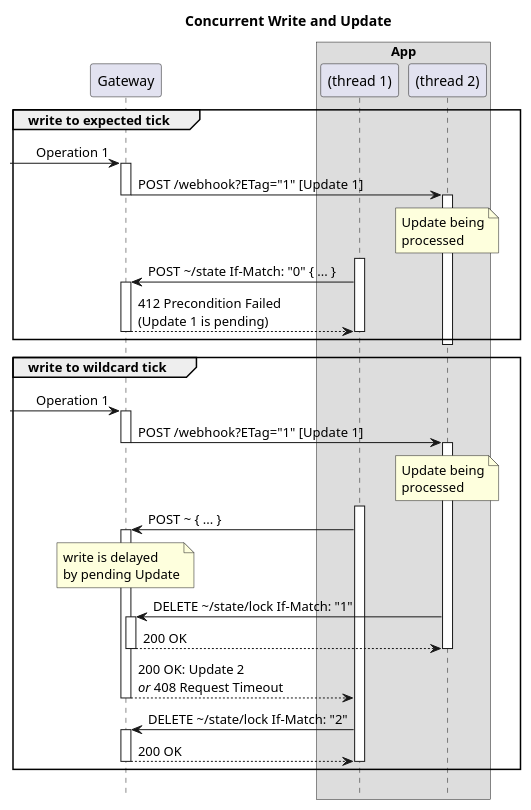
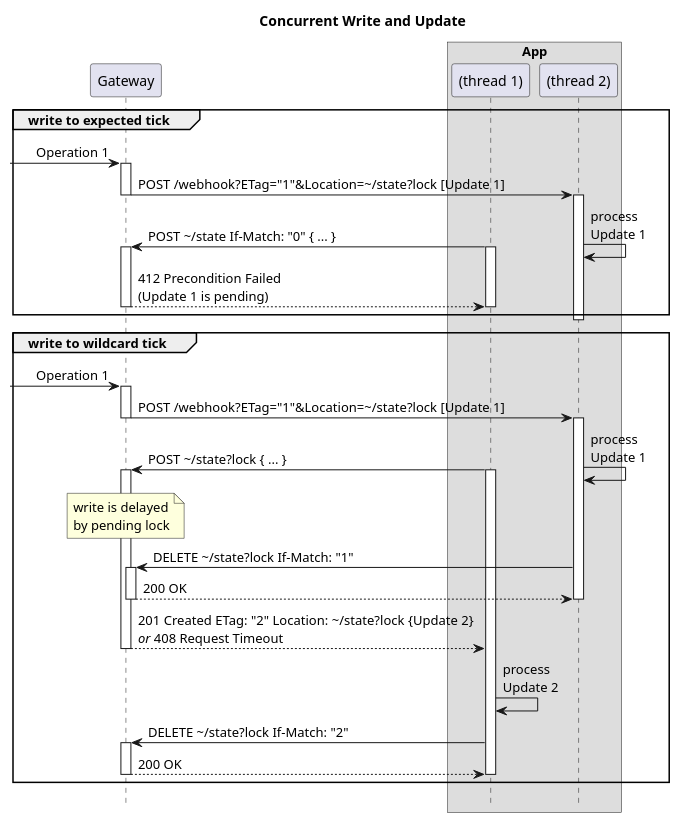
The diagram in architecture/api/http/5-with-pending.seq.puml (m-ld/m-ld-gateway), drawn with PlantUML before and after one commit. The commit also changed 30 other files, not shown here.

```diff
--- a/architecture/api/http/5-with-pending.seq.puml
+++ b/architecture/api/http/5-with-pending.seq.puml
@@ -1,45 +1,46 @@
 @startuml
 'https://plantuml.com/sequence-diagram
 !pragma teoz true
 hide footbox
 
 title: Concurrent Write and Update
 
 participant Gateway as gw
 box App
 participant "(thread 1)" as app
 participant "(thread 2)" as app2
 end box
 
 group write to expected tick
 -> gw ++: Operation 1
-gw -> app2 ++--: POST /webhook?ETag="1" [Update 1]
-note over app2: Update being\nprocessed
+gw -> app2 ++--: POST /webhook?ETag="1"&Location=\~/state?lock [Update 1]
+app2 -> app2: process\nUpdate 1
 activate app
-app -> gw ++: POST \~/state If-Match: "0" { ... }
+& app -> gw ++: POST \~/state If-Match: "0" { ... }
 return 412 Precondition Failed\n(Update 1 is pending)
 deactivate app
 deactivate app2
 end group
 
 group write to wildcard tick
 -> gw ++: Operation 1
-gw -> app2 ++--: POST /webhook?ETag="1" [Update 1]
-note over app2: Update being\nprocessed
+gw -> app2 ++--: POST /webhook?ETag="1"&Location=\~/state?lock [Update 1]
+app2 -> app2: process\nUpdate 1
 activate app
-app -> gw ++: POST \~ { ... }
+& app -> gw ++: POST \~/state?lock { ... }
 note over gw
 write is delayed
-by pending Update
+by pending lock
 end note
-app2 -> gw ++: DELETE \~/state/lock If-Match: "1"
+app2 -> gw ++: DELETE \~/state?lock If-Match: "1"
 return 200 OK
 deactivate app2
-gw --> app: 200 OK: Update 2\n//or// 408 Request Timeout
+gw --> app: 201 Created ETag: "2" Location: \~/state?lock {Update 2}\n//or// 408 Request Timeout
 deactivate gw
-app -> gw ++: DELETE \~/state/lock If-Match: "2"
+app -> app: process\nUpdate 2
+app -> gw ++: DELETE \~/state?lock If-Match: "2"
 return 200 OK
 deactivate app
 end group
 
 @enduml
```
